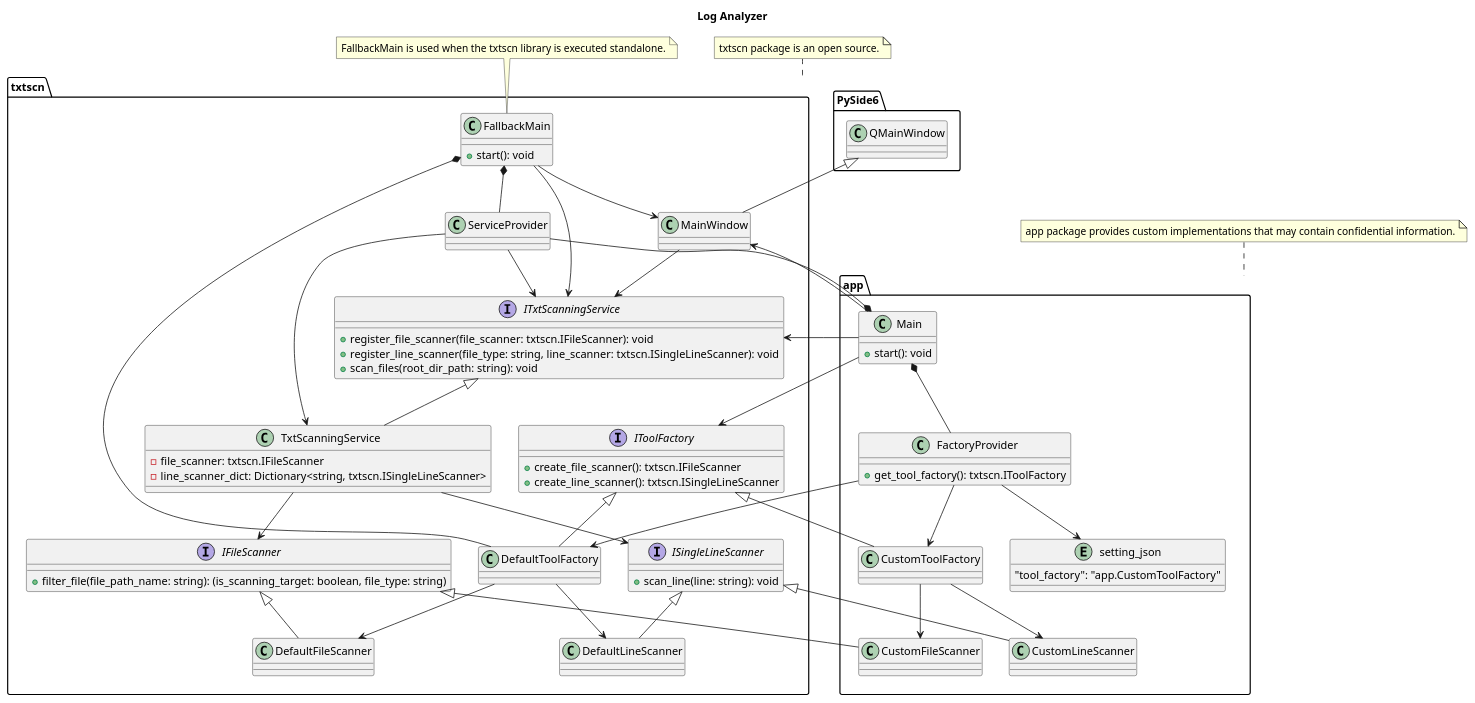
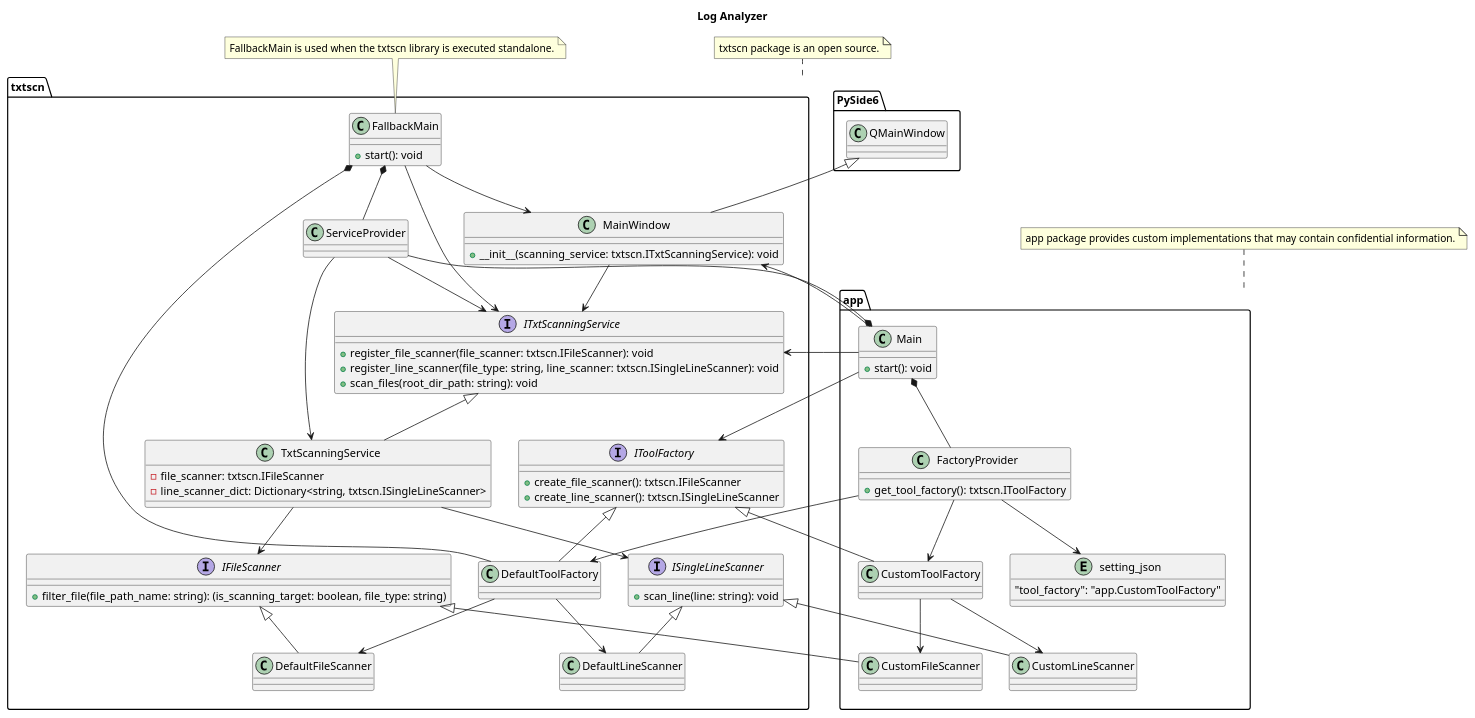
Before and after one commit to Takayoshi-Matsuyama/log_analyzer: the diagram in doc/log_analyzer.puml, drawn with PlantUML.

Commit message:
Updated - class diagram

```diff
--- a/doc/log_analyzer.puml
+++ b/doc/log_analyzer.puml
@@ -1,131 +1,134 @@
 @startuml log_analyzer
 
 'Copyright 2026 Takayoshi Matsuyama
 '
 'Licensed under the Apache License, Version 2.0 (the "License");
 'you may not use this file except in compliance with the License.
 'You may obtain a copy of the License at
 '
 '    http://www.apache.org/licenses/LICENSE-2.0
 '
 'Unless required by applicable law or agreed to in writing, software
 'distributed under the License is distributed on an "AS IS" BASIS,
 'WITHOUT WARRANTIES OR CONDITIONS OF ANY KIND, either express or implied.
 'See the License for the specific language governing permissions and
 'limitations under the License.
 
 title Log Analyzer
 
 interface txtscn.IFileScanner
 {
     +filter_file(file_path_name: string): (is_scanning_target: boolean, file_type: string)
 }
 
 class txtscn.DefaultFileScanner {}
 class app.CustomFileScanner {}
 
 txtscn.IFileScanner <|-- txtscn.DefaultFileScanner
 txtscn.IFileScanner <|-- app.CustomFileScanner
 
 interface txtscn.ISingleLineScanner
 {
     +scan_line(line: string): void
 }
 
 class txtscn.DefaultLineScanner {}
 class app.CustomLineScanner {}
 
 txtscn.ISingleLineScanner <|-- txtscn.DefaultLineScanner
 txtscn.ISingleLineScanner <|-- app.CustomLineScanner
 
 interface txtscn.IToolFactory
 {
     +create_file_scanner(): txtscn.IFileScanner
     +create_line_scanner(): txtscn.ISingleLineScanner
 }
 
 class txtscn.DefaultToolFactory {}
 class app.CustomToolFactory {}
 
 txtscn.IToolFactory <|-- txtscn.DefaultToolFactory
 txtscn.IToolFactory <|-- app.CustomToolFactory
 
 txtscn.DefaultToolFactory --> txtscn.DefaultFileScanner
 txtscn.DefaultToolFactory --> txtscn.DefaultLineScanner
 
 app.CustomToolFactory --> app.CustomFileScanner
 app.CustomToolFactory --> app.CustomLineScanner
 
 interface txtscn.ITxtScanningService
 {
     +register_file_scanner(file_scanner: txtscn.IFileScanner): void
     +register_line_scanner(file_type: string, line_scanner: txtscn.ISingleLineScanner): void
     +scan_files(root_dir_path: string): void
 }
 
 class txtscn.TxtScanningService
 {
     -file_scanner: txtscn.IFileScanner
     -line_scanner_dict: Dictionary<string, txtscn.ISingleLineScanner>
 }
 
 txtscn.ITxtScanningService <|-- txtscn.TxtScanningService
 txtscn.TxtScanningService --> txtscn.IFileScanner
 txtscn.TxtScanningService --> txtscn.ISingleLineScanner
 
 class PySide6.QMainWindow {}
 
-class txtscn.MainWindow {}
+class txtscn.MainWindow
+{
+    + __init__(scanning_service: txtscn.ITxtScanningService): void
+}
 
 PySide6.QMainWindow <|-- txtscn.MainWindow
 
 class txtscn.ServiceProvider {}
 
 txtscn.ServiceProvider --> txtscn.ITxtScanningService
 txtscn.ServiceProvider --> txtscn.TxtScanningService
 
 entity app.setting_json
 {
     "tool_factory": "app.CustomToolFactory"
 }
 
 class app.FactoryProvider
  {
     +get_tool_factory(): txtscn.IToolFactory
 }
 
 app.FactoryProvider --> app.setting_json
 app.FactoryProvider --> txtscn.DefaultToolFactory
 app.FactoryProvider --> app.CustomToolFactory
 
 class txtscn.FallbackMain
 {
     + start(): void
 }
 
 txtscn.FallbackMain *-- txtscn.ServiceProvider
 txtscn.FallbackMain *-- txtscn.DefaultToolFactory
 txtscn.FallbackMain --> txtscn.ITxtScanningService
 txtscn.FallbackMain --> txtscn.MainWindow
 
 note "FallbackMain is used when the txtscn library is executed standalone." as N1
 N1 .. txtscn.FallbackMain
 
 class app.Main
 {
     + start(): void
 }
 
 app.Main *-- app.FactoryProvider
 app.Main *-- txtscn.ServiceProvider
 app.Main --> txtscn.IToolFactory
 app.Main --> txtscn.ITxtScanningService
 app.Main --> txtscn.MainWindow
 txtscn.MainWindow --> txtscn.ITxtScanningService
 
 note "txtscn package is an open source." as N2
 N2 .. txtscn
 note "app package provides custom implementations that may contain confidential information." as N3
 N3 .. app
 
 @enduml
```
